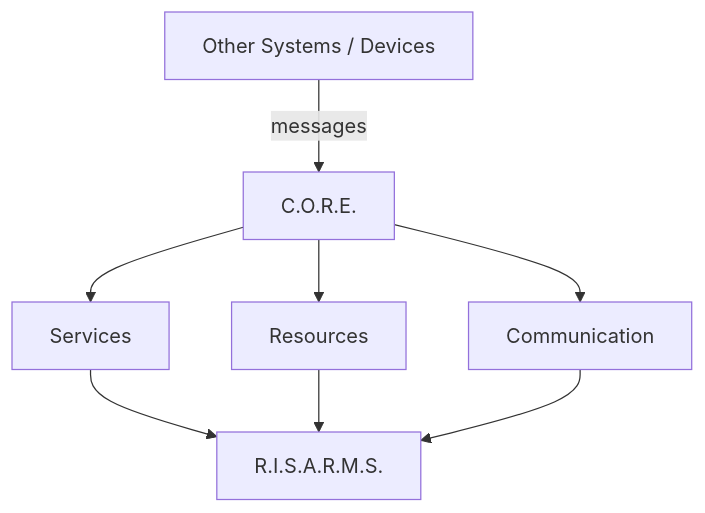
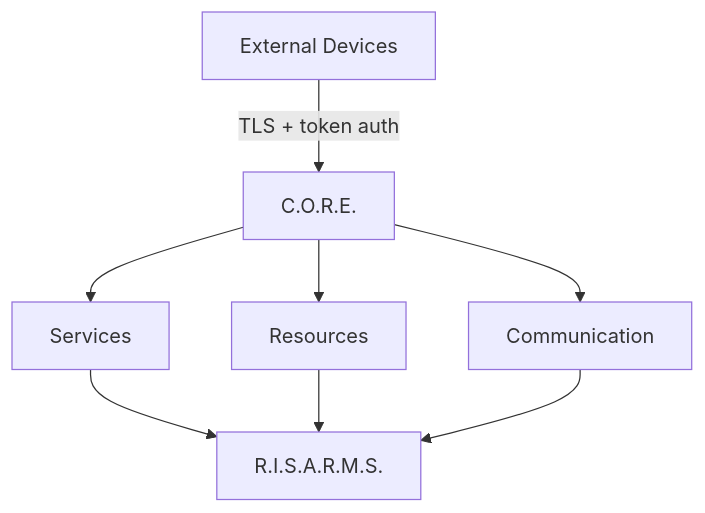
One commit to Kishir298/RISARMS-DOCS changed the second of 2 diagrams in architecture/overview.md. Above: the diagram before and after it, drawn with Mermaid. The commit also changed other lines of this file and 20 other files, not shown here.

````diff
--- a/architecture/overview.md
+++ b/architecture/overview.md
@@ -68,10 +72,10 @@
 ```mermaid
 graph TB
-    EXT["Other Systems / Devices"] -->|messages| CORE["C.O.R.E."]
+    EXT["External Devices"] -->|TLS + token auth| CORE["C.O.R.E."]
     CORE --> SERVICES["Services"]
     CORE --> RESOURCES["Resources"]
     CORE --> COMM["Communication"]
     SERVICES --> ECOSYSTEM["R.I.S.A.R.M.S."]
     RESOURCES --> ECOSYSTEM
     COMM --> ECOSYSTEM
 ```
````
